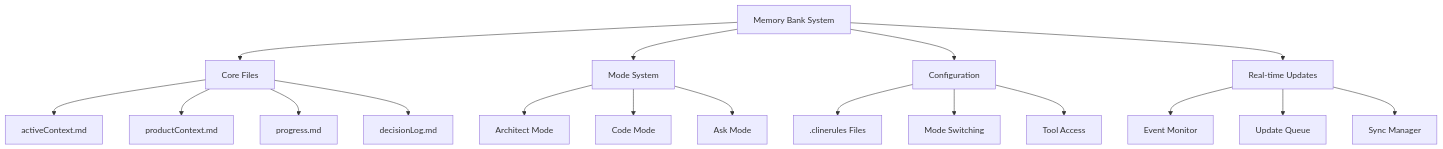
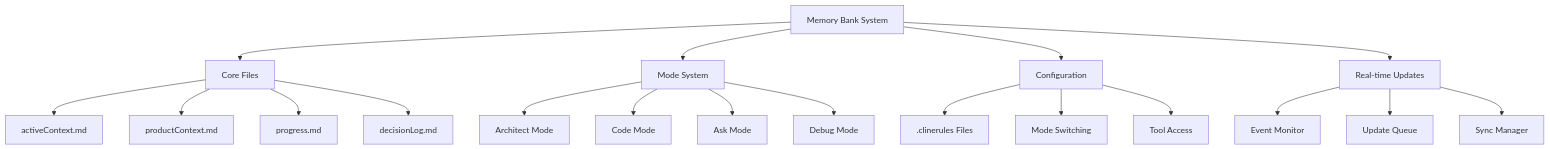
Before and after one commit to shaunie2fly/roo-code-memory-bank: the first of 2 diagrams in developer-primer.md, drawn with Mermaid. The commit also changed other lines of this file, not shown here.

````diff
--- a/developer-primer.md
+++ b/developer-primer.md
@@ -7,24 +7,25 @@
 ```mermaid
 flowchart TD
     A[Memory Bank System] --> B[Core Files]
     A --> C[Mode System]
     A --> D[Configuration]
     A --> E[Real-time Updates]
     
     B --> B1[activeContext.md]
     B --> B2[productContext.md]
     B --> B3[progress.md]
     B --> B4[decisionLog.md]
     
     C --> C1[Architect Mode]
     C --> C2[Code Mode]
     C --> C3[Ask Mode]
+    C --> C4[Debug Mode]
     
     D --> D1[.clinerules Files]
     D --> D2[Mode Switching]
     D --> D3[Tool Access]
     
     E --> E1[Event Monitor]
     E --> E2[Update Queue]
     E --> E3[Sync Manager]
 ```
````
